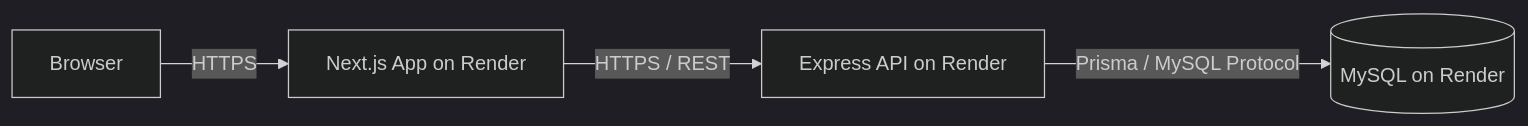
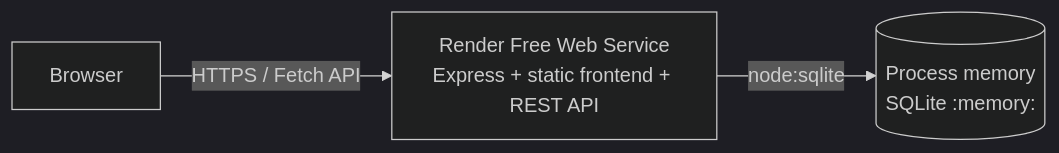
One commit to Shundai0110/webproFinalApp changed the second of 6 diagrams in README.md. Above: the diagram before and after it, drawn with Mermaid (dark theme). The commit also changed other lines of this file and 36 other files, not shown here.

````diff
--- a/README.md
+++ b/README.md
@@ -309,11 +311,9 @@
 ```mermaid
 flowchart LR
     Browser[Browser]
-    Frontend[Next.js App on Render]
-    Backend[Express API on Render]
-    Database[(MySQL on Render)]
+    Service[Render Free Web Service<br/>Express + static frontend + REST API]
+    Database[(Process memory<br/>SQLite :memory:)]
 
-    Browser -->|HTTPS| Frontend
-    Frontend -->|HTTPS / REST| Backend
-    Backend -->|Prisma / MySQL Protocol| Database
+    Browser -->|HTTPS / Fetch API| Service
+    Service -->|node:sqlite| Database
 ```
````
